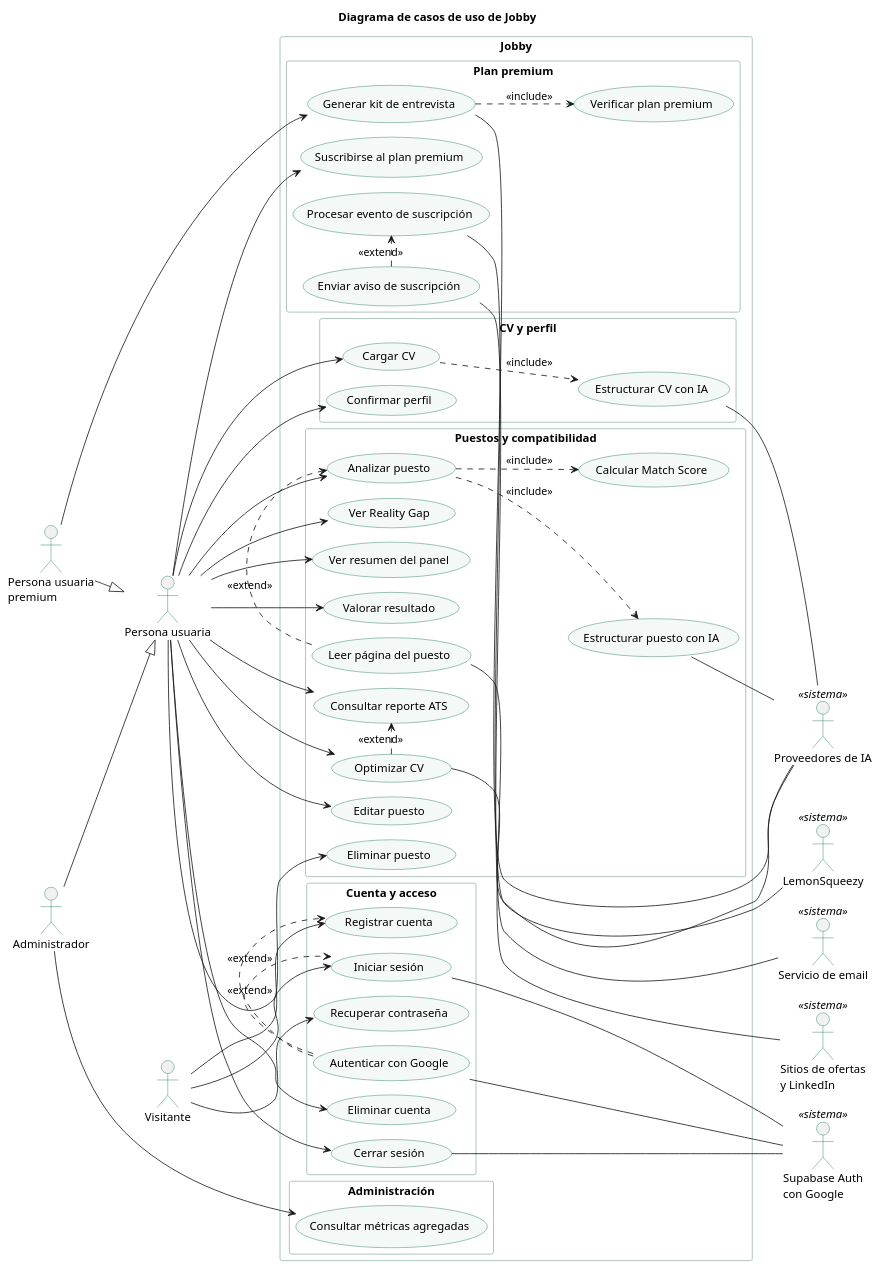
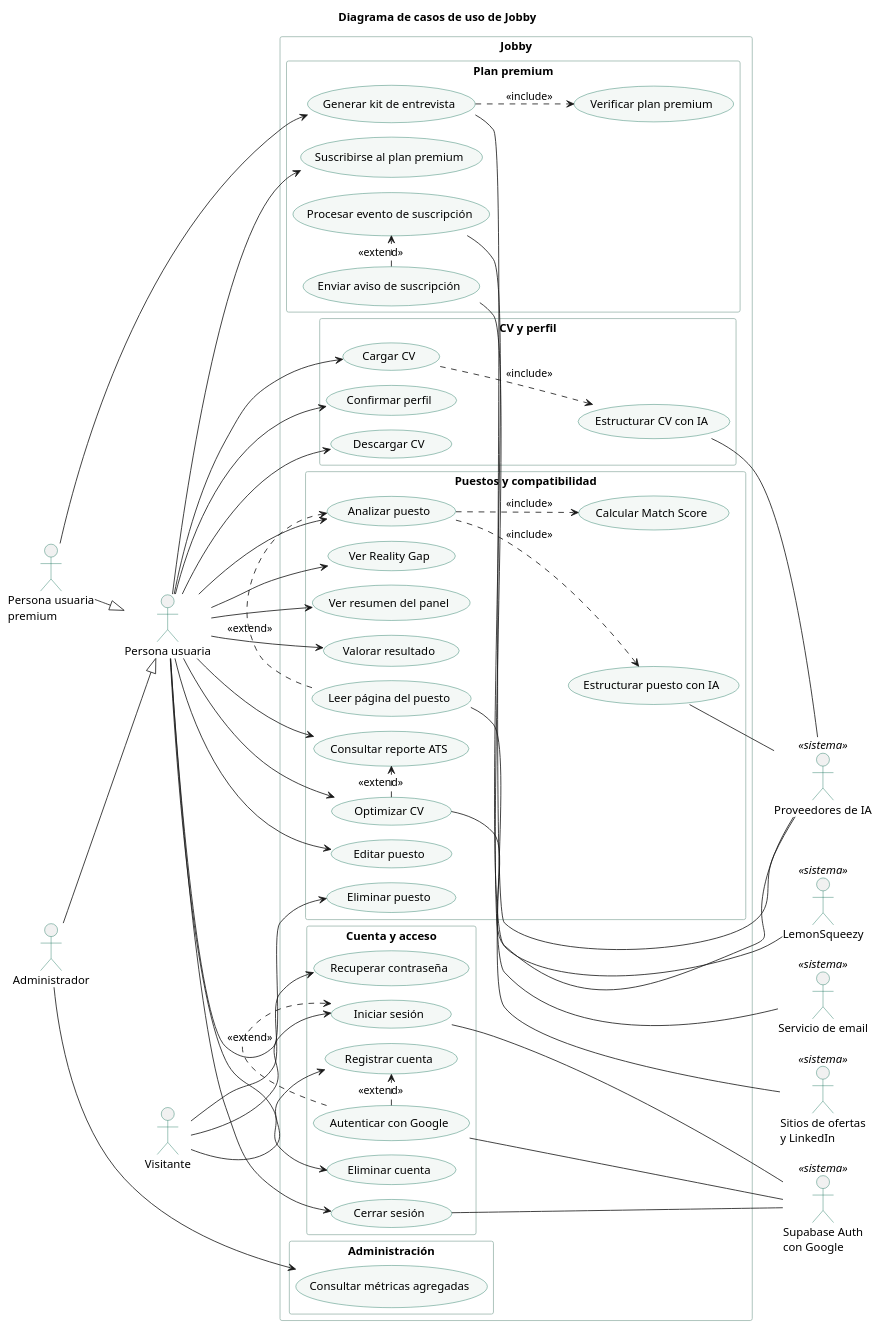
One commit to Buatishi/Jobby changed the diagram in docs/diagramas/casos-de-uso.puml. Above: the diagram before and after it, drawn with PlantUML. The commit also changed 25 other files, not shown here.

```diff
--- a/docs/diagramas/casos-de-uso.puml
+++ b/docs/diagramas/casos-de-uso.puml
@@ -1,114 +1,116 @@
 @startuml
 !pragma layout smetana
 left to right direction
 skinparam shadowing false
 skinparam defaultFontName "Segoe UI"
 skinparam usecase {
   BackgroundColor #F4F8F6
   BorderColor #0F6E56
 }
 skinparam actor {
   BorderColor #0F6E56
 }
 skinparam rectangle {
   BorderColor #9DB8AF
 }
 title Diagrama de casos de uso de Jobby
 
 actor "Visitante" as V
 actor "Persona usuaria" as U
 actor "Persona usuaria\npremium" as P
 actor "Administrador" as A
 
 rectangle "Jobby" {
   rectangle "Cuenta y acceso" {
     usecase "Registrar cuenta" as CU01
     usecase "Iniciar sesión" as CU02
     usecase "Recuperar contraseña" as CU03
     usecase "Autenticar con Google" as CU04
     usecase "Eliminar cuenta" as CU22
     usecase "Cerrar sesión" as CU24
   }
   rectangle "CV y perfil" {
     usecase "Cargar CV" as CU05
     usecase "Estructurar CV con IA" as CU06
     usecase "Confirmar perfil" as CU07
+    usecase "Descargar CV" as CU27
   }
   rectangle "Puestos y compatibilidad" {
     usecase "Analizar puesto" as CU08
     usecase "Editar puesto" as CU25
     usecase "Eliminar puesto" as CU26
     usecase "Leer página del puesto" as CU09
     usecase "Estructurar puesto con IA" as CU10
     usecase "Calcular Match Score" as CU11
     usecase "Consultar reporte ATS" as CU12
     usecase "Optimizar CV" as CU14
     usecase "Ver Reality Gap" as CU13
     usecase "Ver resumen del panel" as CU17
     usecase "Valorar resultado" as CU18
   }
   rectangle "Plan premium" {
     usecase "Generar kit de entrevista" as CU15
     usecase "Verificar plan premium" as CU16
     usecase "Suscribirse al plan premium" as CU19
     usecase "Procesar evento de suscripción" as CU20
     usecase "Enviar aviso de suscripción" as CU21
   }
   rectangle "Administración" {
     usecase "Consultar métricas agregadas" as CU23
   }
 }
 
 ' Las asociaciones con «---» son más largas a propósito: dejan a los actores de sistema a la
 ' derecha del rectángulo y no debajo, que alargaba la lámina A3 y achicaba la letra.
 actor "Supabase Auth\ncon Google" as ID <<sistema>>
 actor "Proveedores de IA" as IA <<sistema>>
 actor "Sitios de ofertas\ny LinkedIn" as W <<sistema>>
 actor "LemonSqueezy" as LS <<sistema>>
 actor "Servicio de email" as EM <<sistema>>
 
 P --|> U
 A --|> U
 
 V --> CU01
 V --> CU02
 V --> CU03
 CU04 .> CU01 : <<extend>>
 CU04 .> CU02 : <<extend>>
 
 U --> CU05
 U --> CU07
+U --> CU27
 U --> CU08
 U --> CU25
 U --> CU26
 U --> CU12
 U --> CU13
 U --> CU17
 U --> CU18
 U --> CU19
 U --> CU22
 U --> CU24
 U --> CU14
 P --> CU15
 
 CU05 ..> CU06 : <<include>>
 CU08 ..> CU10 : <<include>>
 CU08 ..> CU11 : <<include>>
 CU09 .> CU08 : <<extend>>
 CU14 .> CU12 : <<extend>>
 CU15 ..> CU16 : <<include>>
 CU21 .> CU20 : <<extend>>
 
 A --> CU23
 
 CU02 --- ID
 CU24 --- ID
 CU04 --- ID
 CU06 -- IA
 CU10 -- IA
 CU14 -- IA
 CU15 -- IA
 CU09 --- W
 CU20 --- LS
 CU21 --- EM
 @enduml
```
